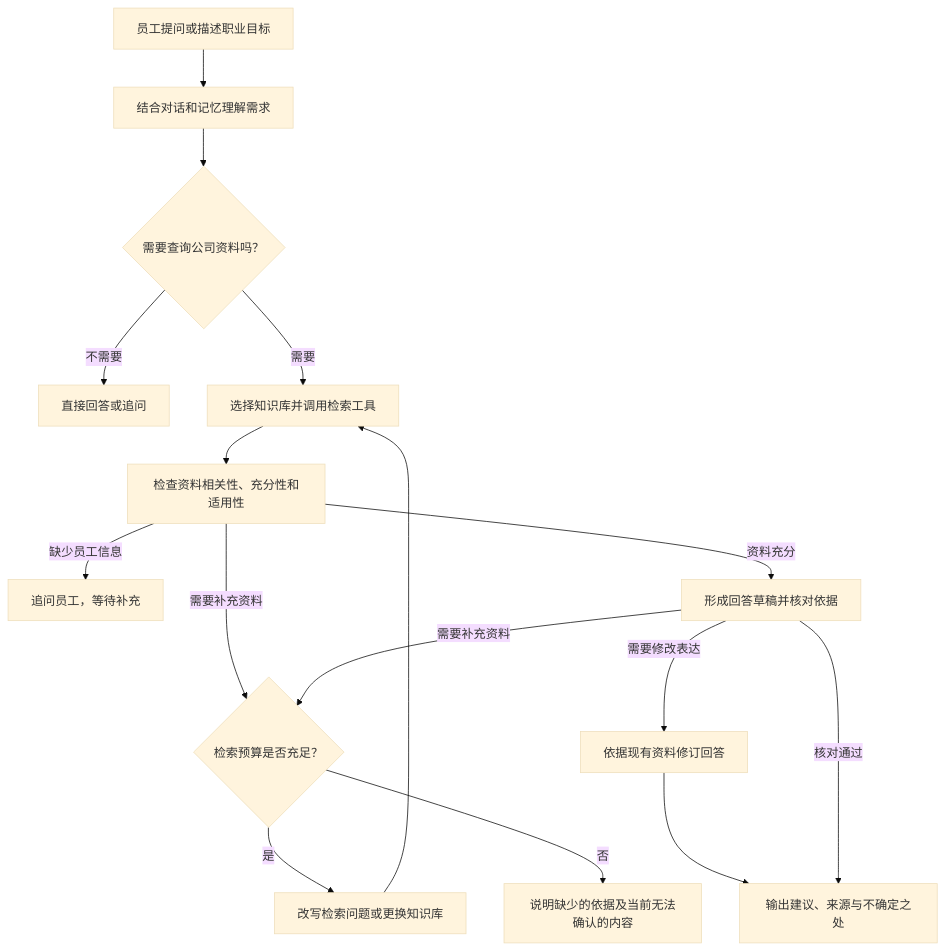
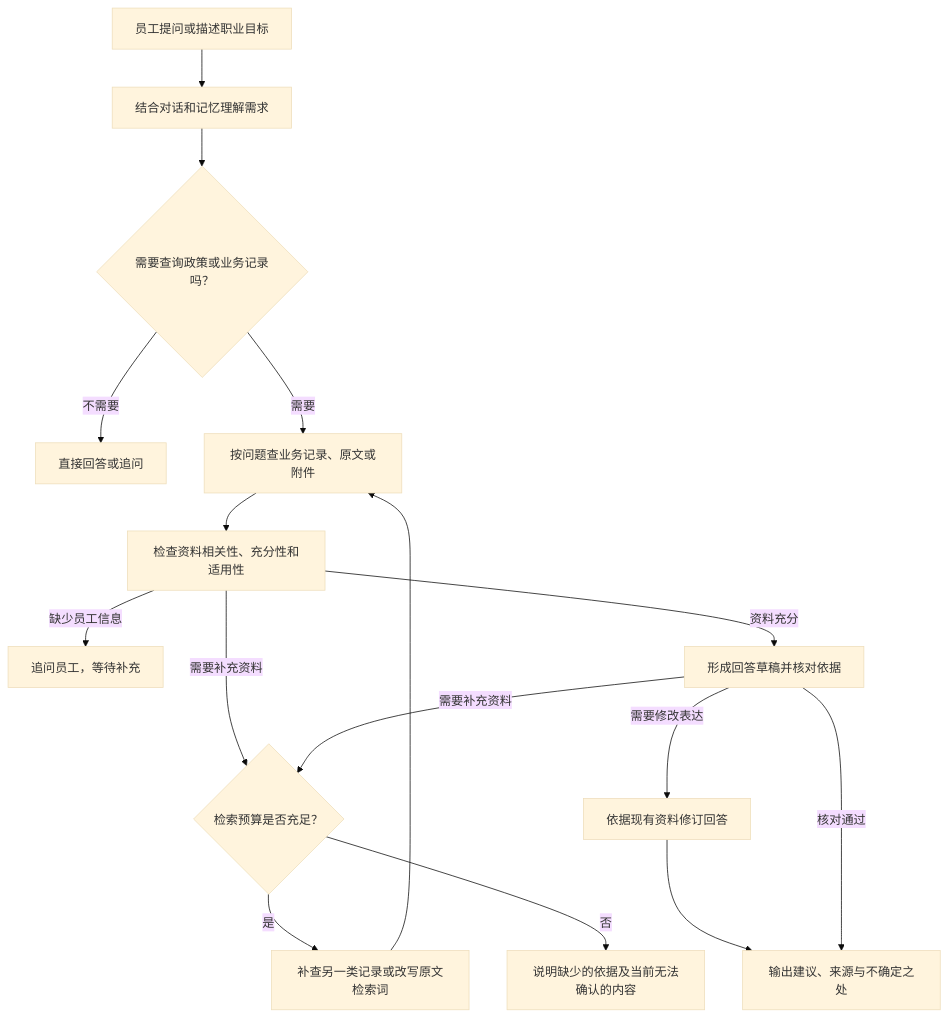
Before and after one commit to jiangyoon/deep_agent: the diagram in docs/career-planning-agentic-rag-proposal.md, drawn with Mermaid (base theme). The commit also changed other lines of this file and 25 other files, not shown here.

````diff
--- a/docs/career-planning-agentic-rag-proposal.md
+++ b/docs/career-planning-agentic-rag-proposal.md
@@ -41,18 +40,18 @@
 ```mermaid
 flowchart TD
     A["员工提问或描述职业目标"] --> B["结合对话和记忆理解需求"]
-    B --> C{"需要查询公司资料吗？"}
+    B --> C{"需要查询政策或业务记录吗？"}
     C -->|不需要| D["直接回答或追问"]
-    C -->|需要| E["选择知识库并调用检索工具"]
+    C -->|需要| E["按问题查业务记录、原文或附件"]
     E --> F["检查资料相关性、充分性和适用性"]
     F -->|需要补充资料| G{"检索预算是否充足？"}
-    G -->|是| H["改写检索问题或更换知识库"]
+    G -->|是| H["补查另一类记录或改写原文检索词"]
     H --> E
     G -->|否| I["说明缺少的依据及当前无法确认的内容"]
     F -->|缺少员工信息| J["追问员工，等待补充"]
     F -->|资料充分| K["形成回答草稿并核对依据"]
     K -->|需要补充资料| G
     K -->|需要修改表达| L["依据现有资料修订回答"]
     L --> M["输出建议、来源与不确定之处"]
     K -->|核对通过| M
 ```
````
